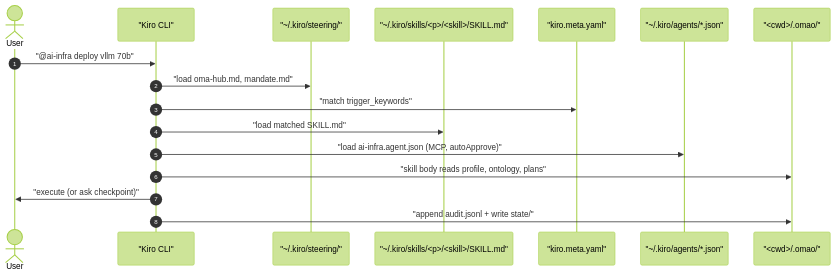
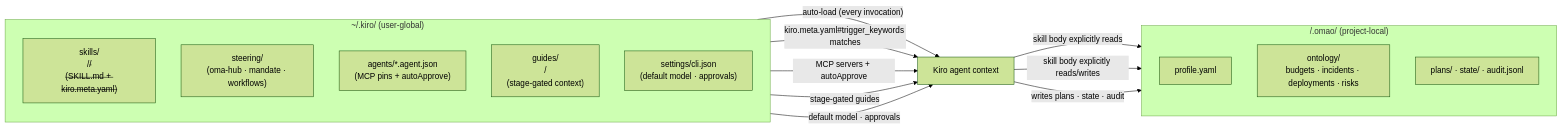
Before and after one commit to aws-samples/sample-oh-my-aidlcops: the sixth of 6 diagrams in docs/docs/architecture.md, drawn with Mermaid (forest theme). The commit also changed other lines of this file, not shown here.

First line of the commit message:
docs(architecture): split into Claude · Kiro · shared sections, lead with three-fact model

````diff
--- a/docs/docs/architecture.md
+++ b/docs/docs/architecture.md
@@ -392,20 +288,29 @@
 ```mermaid
-sequenceDiagram
-    autonumber
-    actor User
-    participant Kiro as "Kiro CLI"
-    participant Steering as "~/.kiro/steering/"
-    participant Skill as "~/.kiro/skills/<p>/<skill>/SKILL.md"
-    participant Sidecar as "kiro.meta.yaml"
-    participant Agent as "~/.kiro/agents/*.json"
-    participant OMAO as "<cwd>/.omao/"
+flowchart LR
+    subgraph KI["~/.kiro/  (user-global)"]
+        direction TB
+        SK["skills/<p>/<s>/<br/>(SKILL.md + kiro.meta.yaml)"]
+        ST["steering/<br/>(oma-hub · mandate · workflows)"]
+        AG["agents/*.agent.json<br/>(MCP pins + autoApprove)"]
+        GD["guides/<p>/<br/>(stage-gated context)"]
+        CFG["settings/cli.json<br/>(default model · approvals)"]
+    end
 
-    User->>Kiro: "@ai-infra deploy vllm 70b"
-    Kiro->>Steering: "load oma-hub.md, mandate.md"
-    Kiro->>Sidecar: "match trigger_keywords"
-    Kiro->>Skill: "load matched SKILL.md"
-    Kiro->>Agent: "load ai-infra.agent.json (MCP, autoApprove)"
-    Kiro->>OMAO: "skill body reads profile, ontology, plans"
-    Kiro->>User: "execute (or ask checkpoint)"
-    Kiro->>OMAO: "append audit.jsonl + write state/"
+    subgraph OMAO["<cwd>/.omao/  (project-local)"]
+        direction TB
+        PROF["profile.yaml"]
+        ONT["ontology/<br/>budgets · incidents · deployments · risks"]
+        PLAN["plans/  ·  state/  ·  audit.jsonl"]
+    end
+
+    AGENT["Kiro agent context"]
+
+    ST -- "auto-load (every invocation)" --> AGENT
+    SK -- "kiro.meta.yaml#trigger_keywords matches" --> AGENT
+    AG -- "MCP servers + autoApprove" --> AGENT
+    GD -- "stage-gated guides" --> AGENT
+    CFG -- "default model · approvals" --> AGENT
+    AGENT -- "skill body explicitly reads" --> PROF
+    AGENT -- "skill body explicitly reads/writes" --> ONT
+    AGENT -- "writes plans · state · audit" --> PLAN
 ```
````
